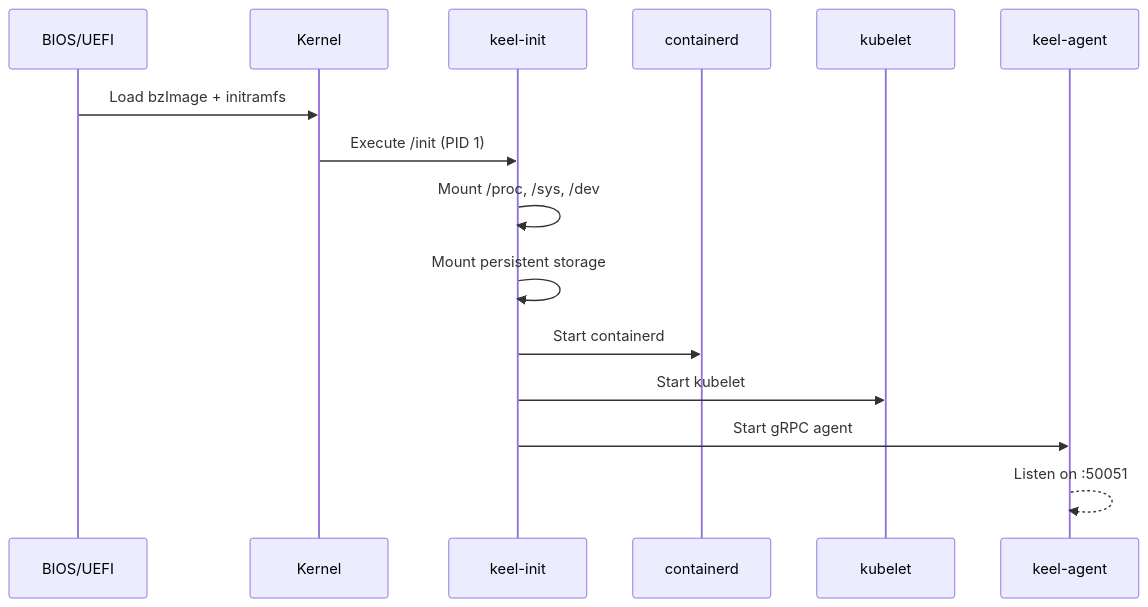
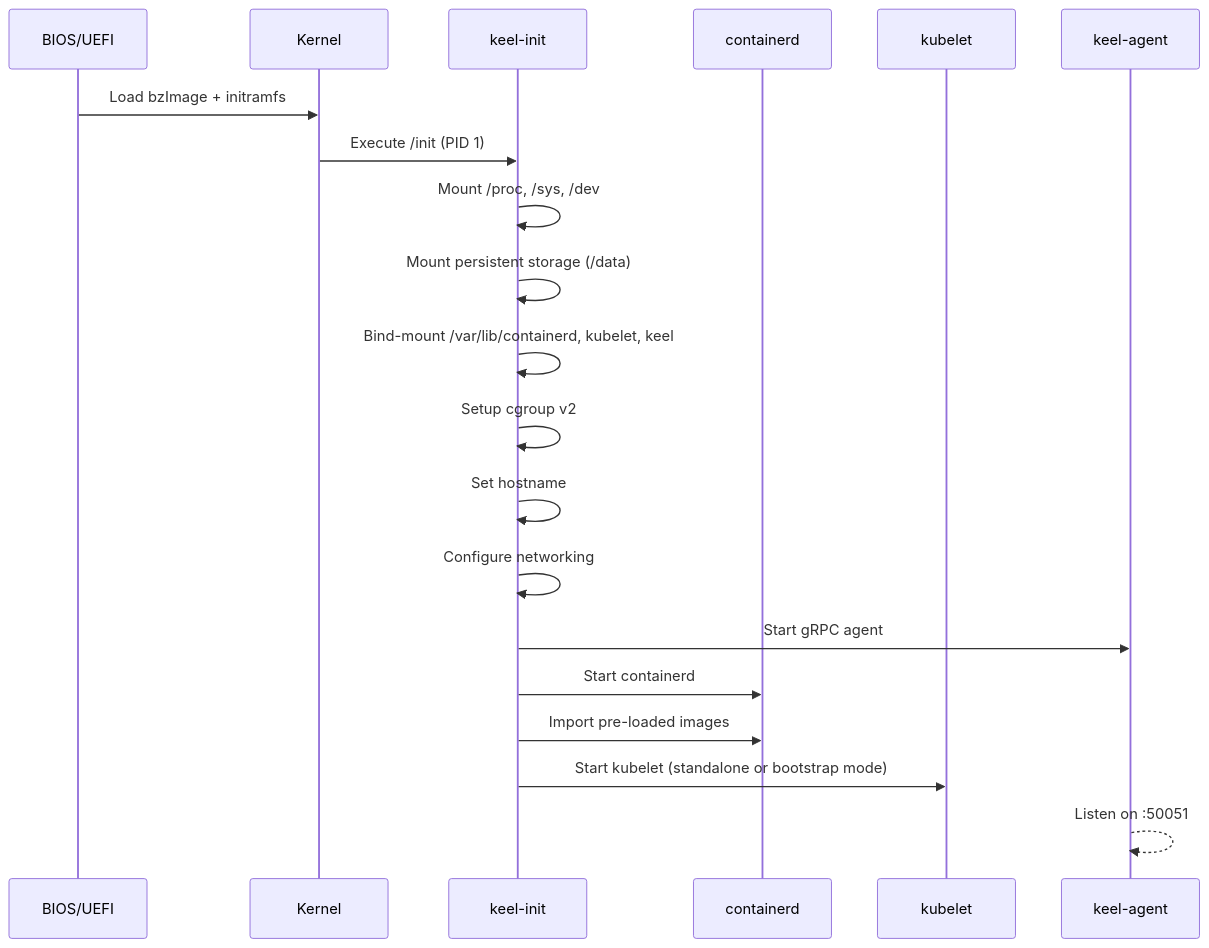
The first of 2 diagrams in docs/architecture.md (scheeles/keelos), drawn with Mermaid before and after one commit. The commit also changed other lines of this file and 9 other files, not shown here.

First line of the commit message:
docs: update documentation for kubelet TLS bootstrap (PR #77) (#91)

````diff
--- a/docs/architecture.md
+++ b/docs/architecture.md
@@ -14,18 +14,23 @@
 ```mermaid
 sequenceDiagram
     participant BIOS/UEFI
     participant Kernel
     participant keel-init
     participant containerd
     participant kubelet
     participant keel-agent
 
     BIOS/UEFI->>Kernel: Load bzImage + initramfs
     Kernel->>keel-init: Execute /init (PID 1)
     keel-init->>keel-init: Mount /proc, /sys, /dev
-    keel-init->>keel-init: Mount persistent storage
+    keel-init->>keel-init: Mount persistent storage (/data)
+    keel-init->>keel-init: Bind-mount /var/lib/containerd, kubelet, keel
+    keel-init->>keel-init: Setup cgroup v2
+    keel-init->>keel-init: Set hostname
+    keel-init->>keel-init: Configure networking
+    keel-init->>keel-agent: Start gRPC agent
     keel-init->>containerd: Start containerd
-    keel-init->>kubelet: Start kubelet
-    keel-init->>keel-agent: Start gRPC agent
+    keel-init->>containerd: Import pre-loaded images
+    keel-init->>kubelet: Start kubelet (standalone or bootstrap mode)
     keel-agent-->>keel-agent: Listen on :50051
 ```
````
